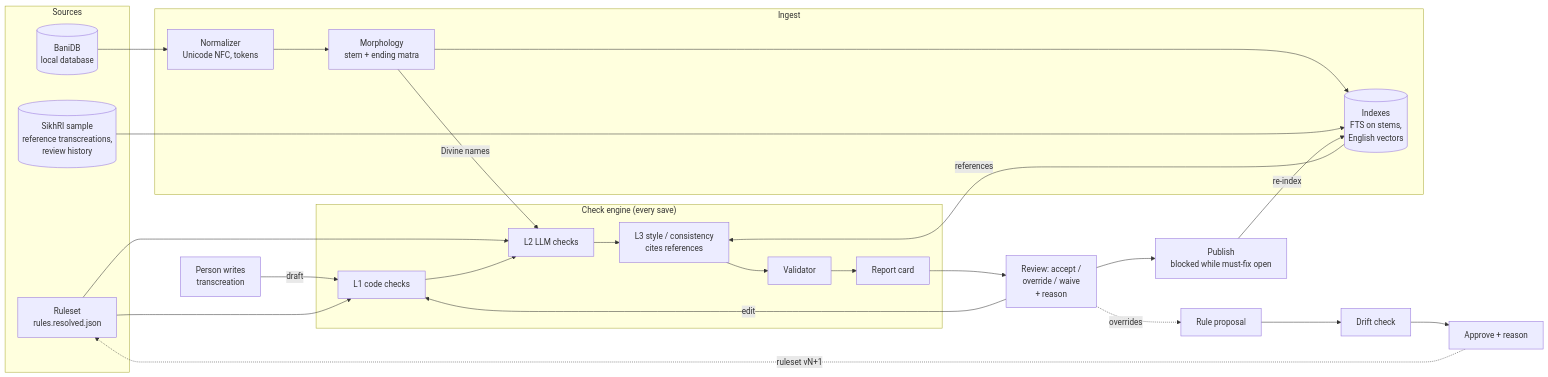
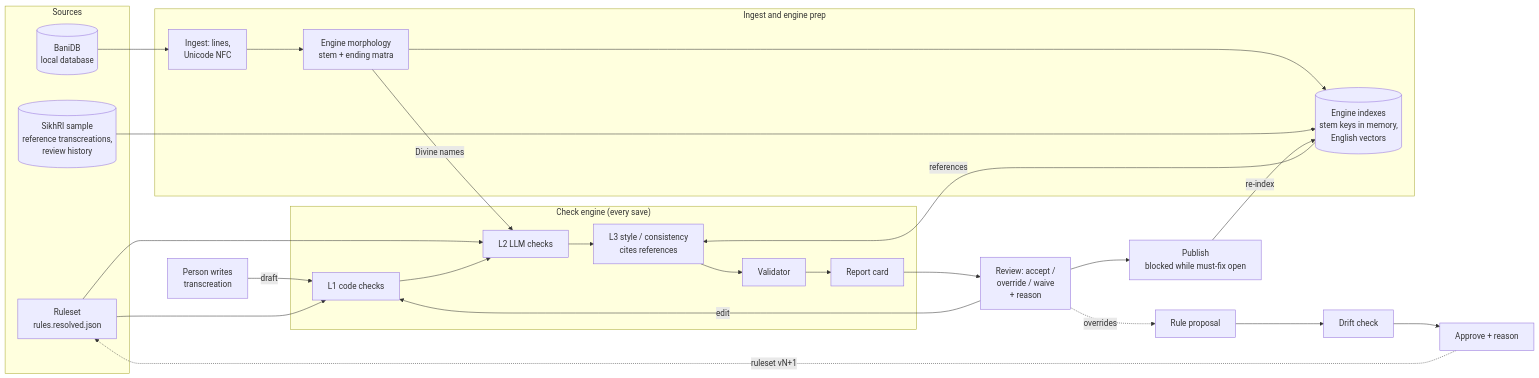
One commit to harsimranb/gurbani-teeka-studio changed the first of 2 diagrams in _docs/03-architecture.md. Above: the diagram before and after it, drawn with Mermaid. The commit also changed other lines of this file and 12 other files, not shown here.

````diff
--- a/_docs/03-architecture.md
+++ b/_docs/03-architecture.md
@@ -11,33 +11,33 @@
 ```mermaid
 flowchart LR
   subgraph Sources
     R[Ruleset<br/>rules.resolved.json]
     B[(BaniDB<br/>local database)]
     S[(SikhRI sample<br/>reference transcreations,<br/>review history)]
   end
-  subgraph Ingest
-    N[Normalizer<br/>Unicode NFC, tokens]
-    M[Morphology<br/>stem + ending matra]
-    I[(Indexes<br/>FTS on stems,<br/>English vectors)]
+  subgraph Ingest["Ingest and engine prep"]
+    N[Ingest: lines,<br/>Unicode NFC]
+    M[Engine morphology<br/>stem + ending matra]
+    I[(Engine indexes<br/>stem keys in memory,<br/>English vectors)]
   end
   subgraph Engine["Check engine (every save)"]
     L1[L1 code checks]
     L2[L2 LLM checks]
     L3[L3 style / consistency<br/>cites references]
     V[Validator]
     RC[Report card]
   end
   P[Person writes<br/>transcreation] -- draft --> L1
   B --> N --> M --> I
   S --> I
   R --> L1 & L2
   M -- Divine names --> L2
   I -- references --> L3
   L1 --> L2 --> L3 --> V --> RC
   RC --> RV[Review: accept /<br/>override / waive<br/>+ reason]
   RV -- edit --> L1
   RV --> PUB[Publish<br/>blocked while must-fix open]
   PUB -- re-index --> I
   RV -. overrides .-> PR[Rule proposal]
   PR --> D[Drift check] --> AP[Approve + reason] -. ruleset vN+1 .-> R
 ```
````
